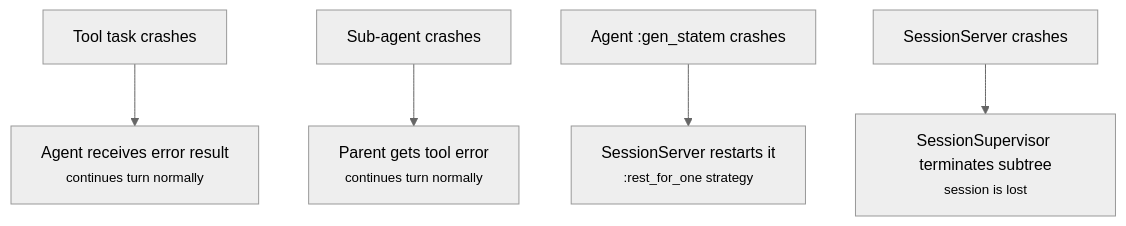
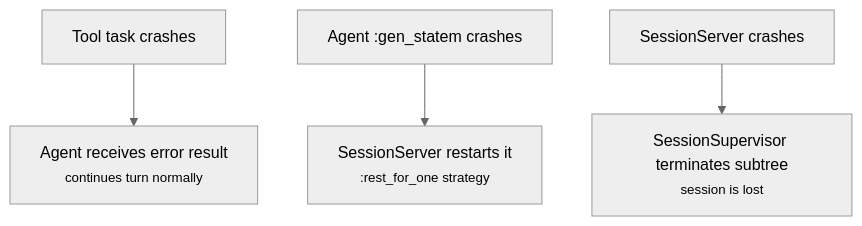
Before and after one commit to matteing/opal: the first of 3 diagrams in docs/resilience.md, drawn with Mermaid (neutral theme). The commit also changed other lines of this file and 65 other files, not shown here.

First line of the commit message:
refactor(agent): remove sub-agent and tasks subsystem

````diff
--- a/docs/resilience.md
+++ b/docs/resilience.md
@@ -11,7 +11,6 @@
 ```mermaid
 flowchart TD
     ToolCrash["Tool task crashes"] --> ErrorResult["Agent receives error result<br/><small>continues turn normally</small>"]
-    SubAgentCrash["Sub-agent crashes"] --> ToolError["Parent gets tool error<br/><small>continues turn normally</small>"]
     AgentCrash["Agent :gen_statem crashes"] --> RestForOne["SessionServer restarts it<br/><small>:rest_for_one strategy</small>"]
     SessionCrash["SessionServer crashes"] --> DynSup["SessionSupervisor terminates subtree<br/><small>session is lost</small>"]
 ```
````
